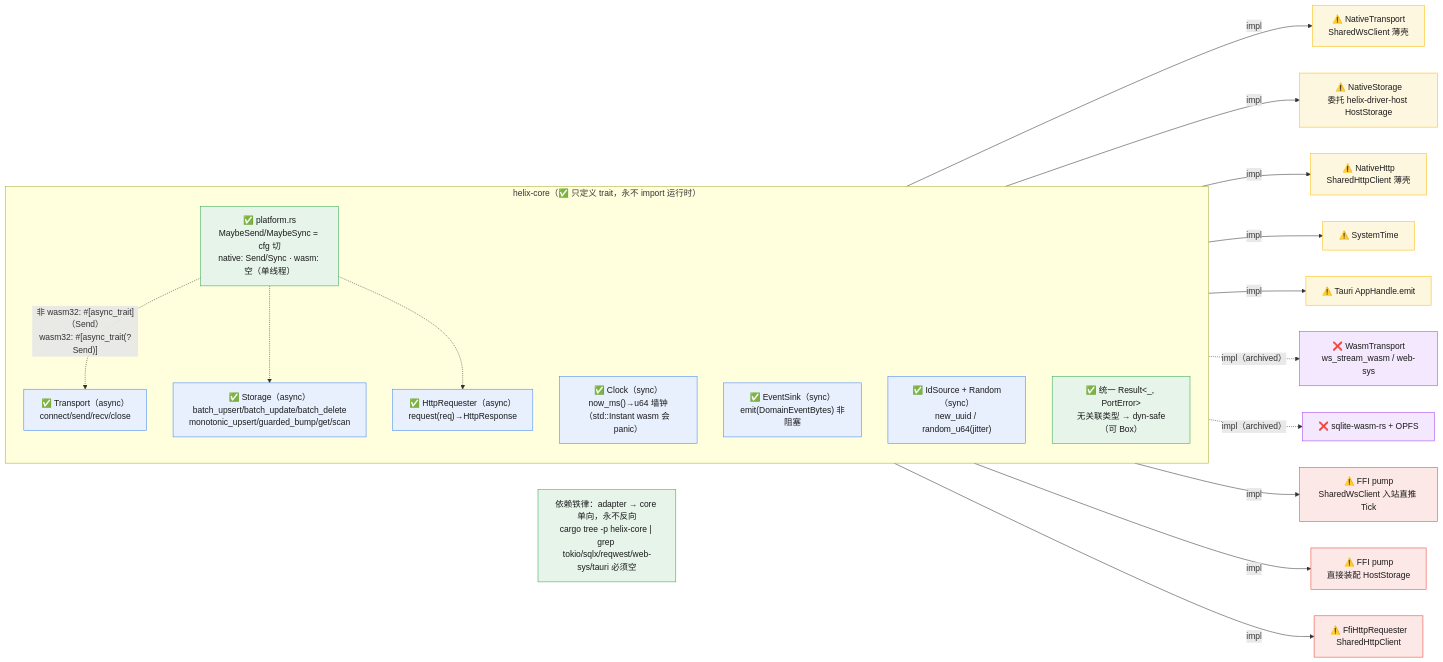
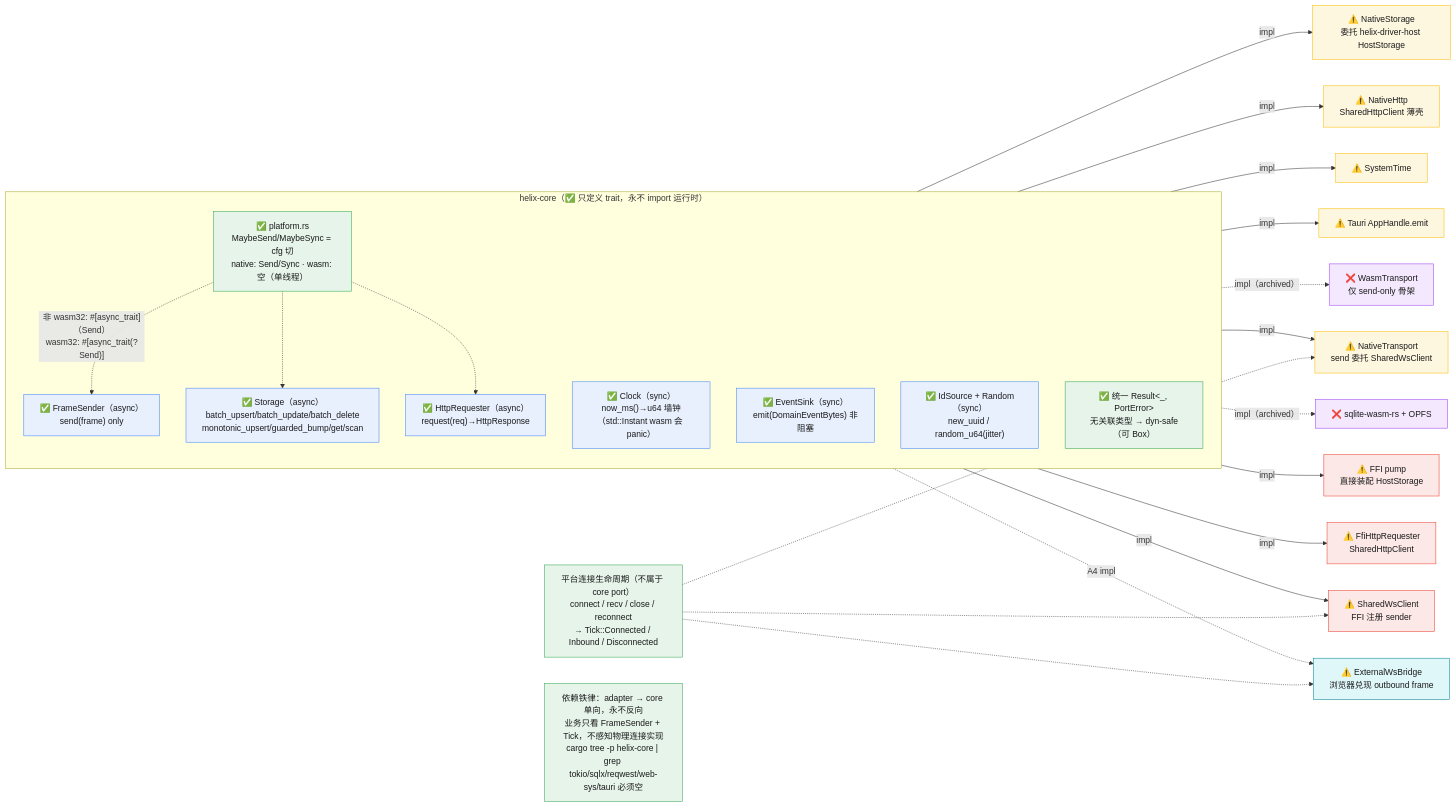
Before and after one commit to zxs1633079383/helix: the diagram in crates/helix-core/docs/design/05-ports-registry.mmd, drawn with Mermaid. The commit also changed 40 other files, not shown here.

First line of the commit message:
refactor(core): 收窄 WebSocket 端口为 FrameSender

```diff
--- a/crates/helix-core/docs/design/05-ports-registry.mmd
+++ b/crates/helix-core/docs/design/05-ports-registry.mmd
@@ -1,44 +1,53 @@
-%% helix-core — 6 ports 抽象 + PC/Flutter 实现去向（依赖倒置 / ports & adapters）
-%% 真源：src/ports/{transport,storage,clock,event_sink,id,http}.rs + src/platform.rs
+%% helix-core — 6 ports 抽象 + PC/Flutter/Web 实现去向（依赖倒置 / ports & adapters）
+%% 真源：src/ports/{frame_sender,storage,clock,event_sink,id,http}.rs + src/platform.rs
 %% 关联：HX-C001(core 只定义 trait) · HX-C002(MaybeSend/MaybeSync cfg 切) · 对象安全(统一 PortError)
 flowchart LR
     classDef core fill:#e6f4ea,stroke:#34a853,color:#1a1a1a
     classDef port fill:#e8f0fe,stroke:#4285f4,color:#1a1a1a
     classDef native fill:#fef7e0,stroke:#fbbc04,color:#1a1a1a
     classDef wasm fill:#f3e8fd,stroke:#a142f4,color:#1a1a1a
     classDef ffi fill:#fce8e6,stroke:#ea4335,color:#1a1a1a
+    classDef web fill:#e0f7fa,stroke:#00838f,color:#1a1a1a
 
     subgraph CORE["helix-core（✅ 只定义 trait，永不 import 运行时）"]
         direction TB
         PLAT["✅ platform.rs<br/>MaybeSend/MaybeSync = cfg 切<br/>native: Send/Sync · wasm: 空（单线程）"]:::core
-        T["✅ Transport（async）<br/>connect/send/recv/close"]:::port
+        T["✅ FrameSender（async）<br/>send(frame) only"]:::port
         S["✅ Storage（async）<br/>batch_upsert/batch_update/batch_delete<br/>monotonic_upsert/guarded_bump/get/scan"]:::port
         CL["✅ Clock（sync）<br/>now_ms()→u64 墙钟<br/>（std::Instant wasm 会 panic）"]:::port
         ES["✅ EventSink（sync）<br/>emit(DomainEventBytes) 非阻塞"]:::port
         ID["✅ IdSource + Random（sync）<br/>new_uuid / random_u64(jitter)"]:::port
         HT["✅ HttpRequester（async）<br/>request(req)→HttpResponse"]:::port
         ERR["✅ 统一 Result<_, PortError><br/>无关联类型 → dyn-safe（可 Box<dyn>）"]:::core
     end
 
     %% async trait 三端 Send cfg（HX-C002）
     PLAT -.->|"非 wasm32: #[async_trait]（Send）<br/>wasm32: #[async_trait(?Send)]"| T
     PLAT -.-> S
     PLAT -.-> HT
 
     %% ── native driver ──
-    T -->|"impl"| NT["⚠️ NativeTransport<br/>SharedWsClient 薄壳"]:::native
+    T -->|"impl"| NT["⚠️ NativeTransport<br/>send 委托 SharedWsClient"]:::native
     S -->|"impl"| NS["⚠️ NativeStorage<br/>委托 helix-driver-host HostStorage"]:::native
     HT -->|"impl"| NH["⚠️ NativeHttp<br/>SharedHttpClient 薄壳"]:::native
     CL -->|"impl"| NC["⚠️ SystemTime"]:::native
     ES -->|"impl"| NE["⚠️ Tauri AppHandle.emit"]:::native
 
-    %% ── wasm driver（已归档，ADR-006 暂停维护）──
-    T -.->|"impl（archived）"| WT["❌ WasmTransport<br/>ws_stream_wasm / web-sys"]:::wasm
+    %% ── wasm driver（已归档，只跟随 trait shape）──
+    T -.->|"impl（archived）"| WT["❌ WasmTransport<br/>仅 send-only 骨架"]:::wasm
     S -.->|"impl（archived）"| WS["❌ sqlite-wasm-rs + OPFS"]:::wasm
 
     %% ── ffi driver（Flutter 手机端）──
-    T -->|"impl"| FT["⚠️ FFI pump<br/>SharedWsClient 入站直推 Tick"]:::ffi
+    T -->|"impl"| FT["⚠️ SharedWsClient<br/>FFI 注册 sender"]:::ffi
     S -->|"impl"| FS["⚠️ FFI pump<br/>直接装配 HostStorage"]:::ffi
     HT -->|"impl"| FH["⚠️ FfiHttpRequester<br/>SharedHttpClient"]:::ffi
 
-    Note["依赖铁律：adapter → core 单向，永不反向<br/>cargo tree -p helix-core | grep tokio/sqlx/reqwest/web-sys/tauri 必须空"]:::core
+    %% ── Web driver（A4 planned）──
+    T -.->|"A4 impl"| WB["⚠️ ExternalWsBridge<br/>浏览器兑现 outbound frame"]:::web
+
+    LIFE["平台连接生命周期（不属于 core port）<br/>connect / recv / close / reconnect<br/>→ Tick::Connected / Inbound / Disconnected"]:::core
+    LIFE -.-> NT
+    LIFE -.-> FT
+    LIFE -.-> WB
+
+    Note["依赖铁律：adapter → core 单向，永不反向<br/>业务只看 FrameSender + Tick，不感知物理连接实现<br/>cargo tree -p helix-core | grep tokio/sqlx/reqwest/web-sys/tauri 必须空"]:::core
```
